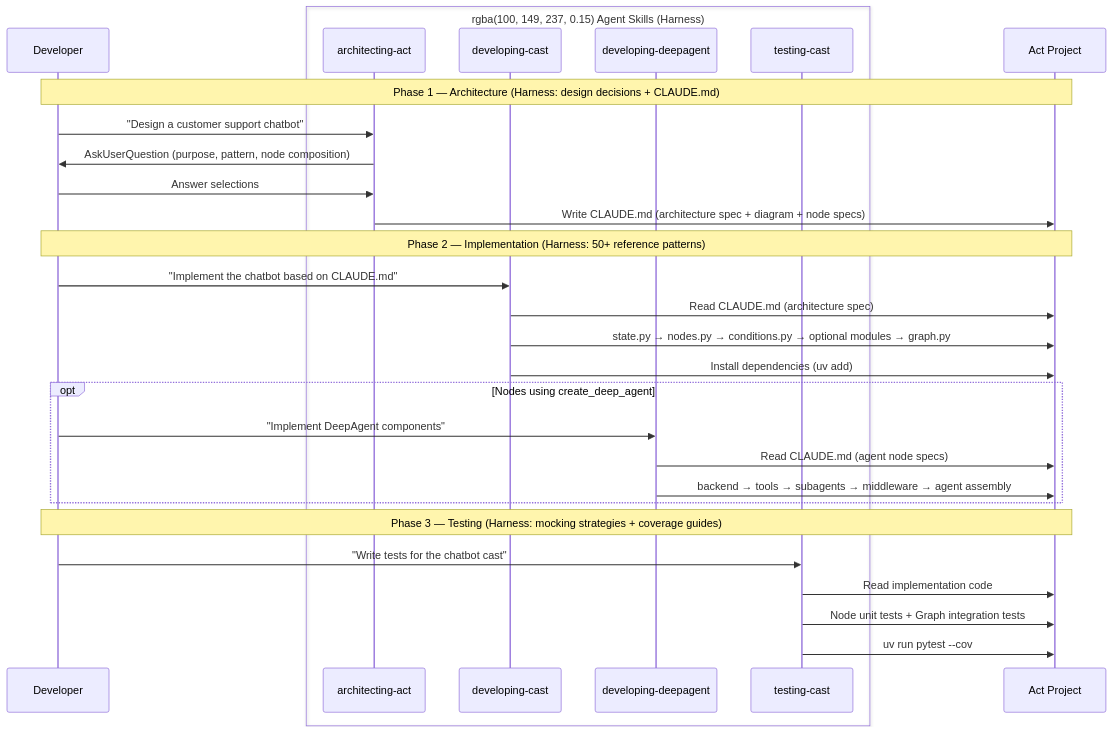
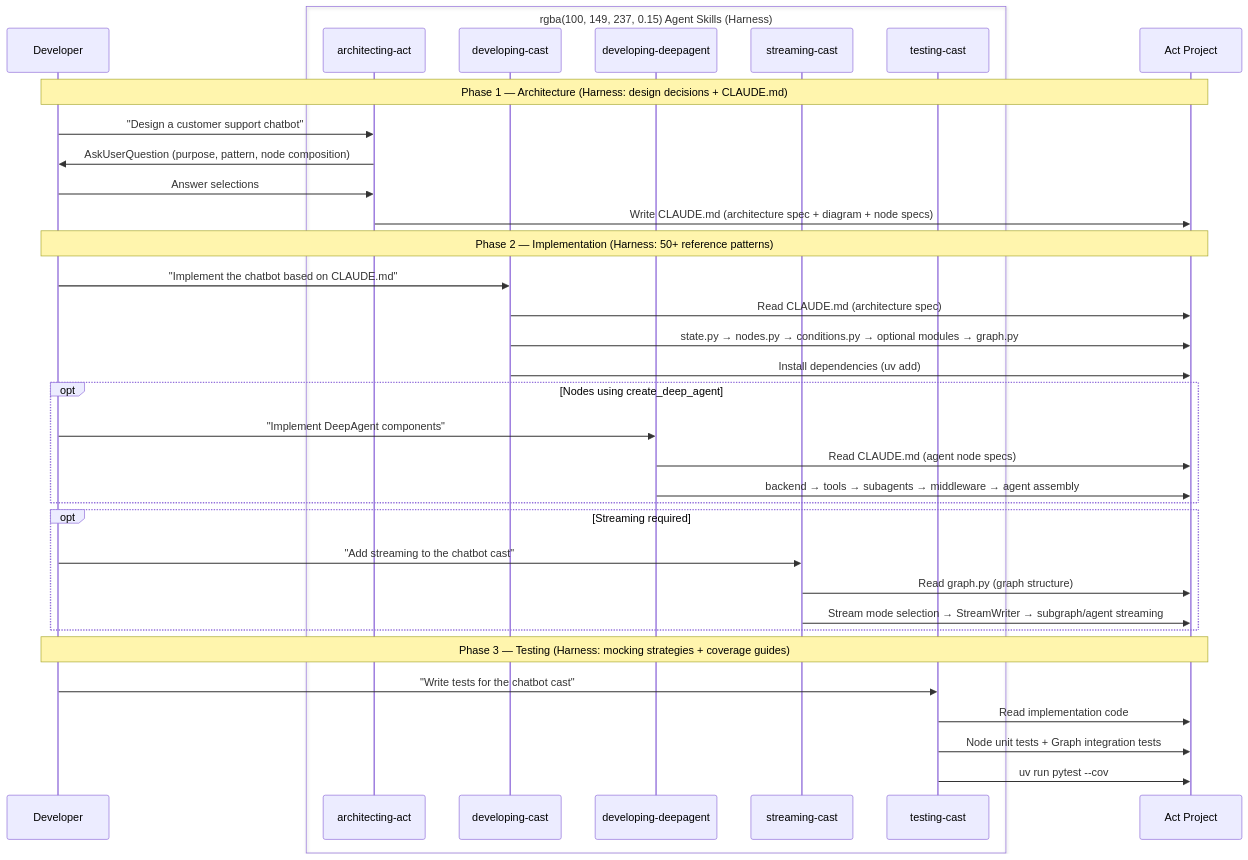
One commit to aiagentlab/act-operator changed the first of 3 diagrams in README.md. Above: the diagram before and after it, drawn with Mermaid. The commit also changed other lines of this file and 5 other files, not shown here.

First line of the commit message:
feat: enhance streaming-cast documentation and resources

````diff
--- a/README.md
+++ b/README.md
@@ -164,35 +167,42 @@
 ```mermaid
 sequenceDiagram
     participant U as Developer
     box rgba(100, 149, 237, 0.15) Agent Skills (Harness)
         participant AA as architecting-act
         participant DC as developing-cast
         participant DD as developing-deepagent
+        participant SC as streaming-cast
         participant TC as testing-cast
     end
     participant P as Act Project
 
     Note over U,P: Phase 1 — Architecture (Harness: design decisions + CLAUDE.md)
     U->>AA: "Design a customer support chatbot"
     AA->>U: AskUserQuestion (purpose, pattern, node composition)
     U->>AA: Answer selections
     AA->>P: Write CLAUDE.md (architecture spec + diagram + node specs)
 
     Note over U,P: Phase 2 — Implementation (Harness: 50+ reference patterns)
     U->>DC: "Implement the chatbot based on CLAUDE.md"
     DC->>P: Read CLAUDE.md (architecture spec)
     DC->>P: state.py → nodes.py → conditions.py → optional modules → graph.py
     DC->>P: Install dependencies (uv add)
 
     opt Nodes using create_deep_agent
     U->>DD: "Implement DeepAgent components"
     DD->>P: Read CLAUDE.md (agent node specs)
     DD->>P: backend → tools → subagents → middleware → agent assembly
     end
 
+    opt Streaming required
+    U->>SC: "Add streaming to the chatbot cast"
+    SC->>P: Read graph.py (graph structure)
+    SC->>P: Stream mode selection → StreamWriter → subgraph/agent streaming
+    end
+
     Note over U,P: Phase 3 — Testing (Harness: mocking strategies + coverage guides)
     U->>TC: "Write tests for the chatbot cast"
     TC->>P: Read implementation code
     TC->>P: Node unit tests + Graph integration tests
     TC->>P: uv run pytest --cov
 ```
````
